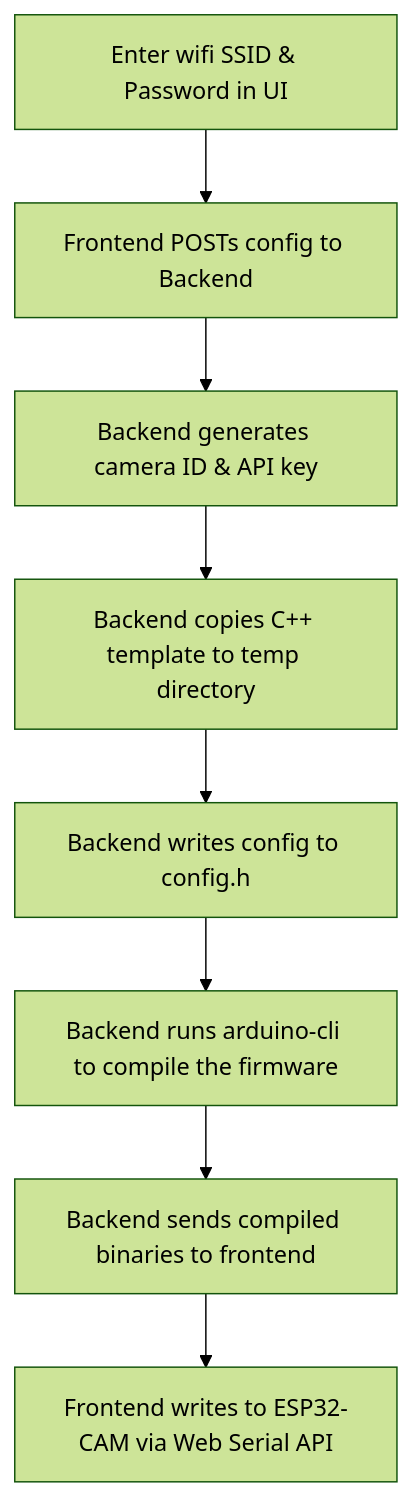
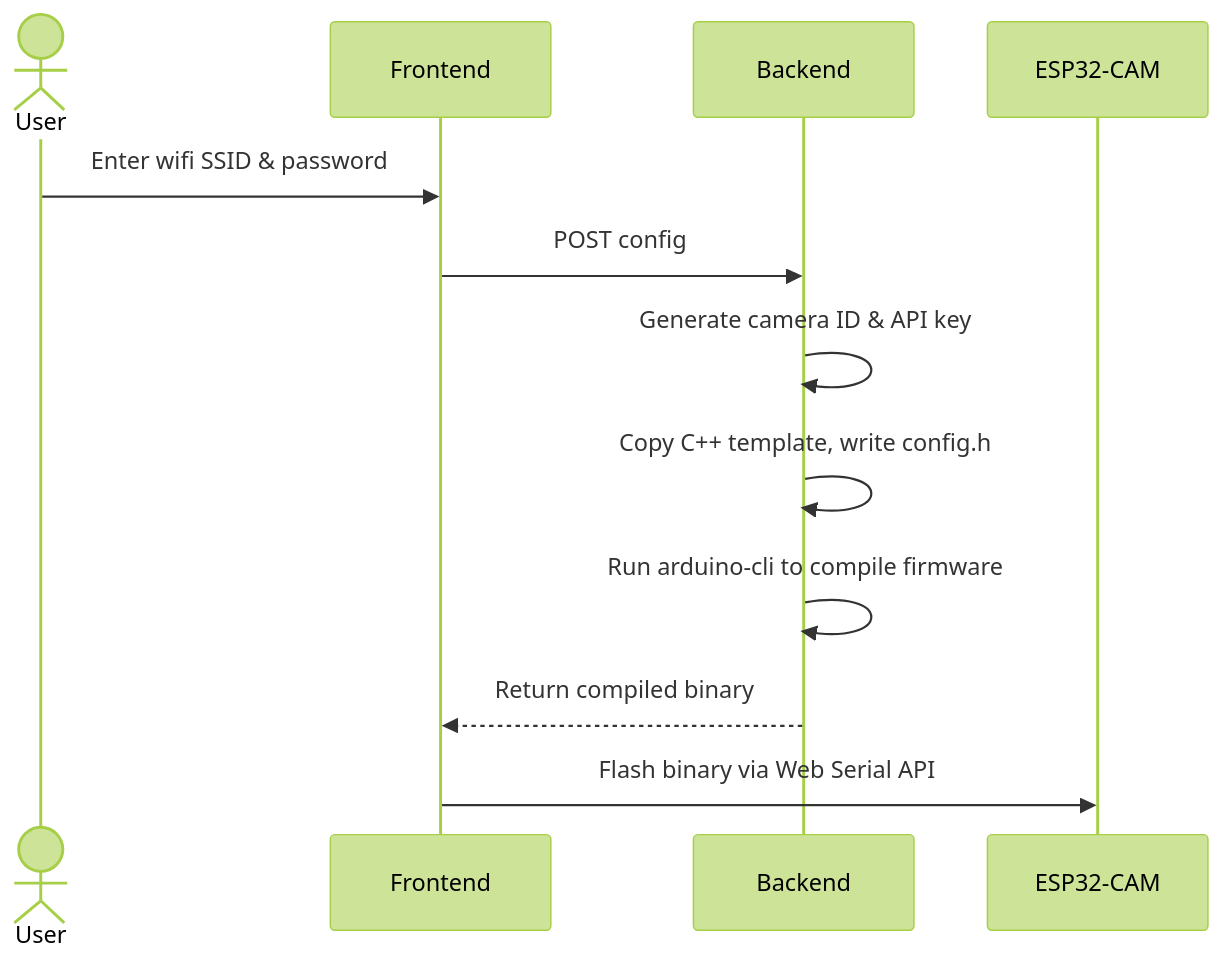
Before and after one commit to jauzin23/CAMron: the first of 2 diagrams in README.md, drawn with Mermaid (forest theme). The commit also changed other lines of this file and 2 other files, not shown here.

Commit message:
docs: update system architecture, security, and setup documentation

````diff
--- a/README.md
+++ b/README.md
@@ -68,10 +106,15 @@
 ```mermaid
-flowchart TD
-    A[Enter wifi SSID & Password in UI] --> B[Frontend POSTs config to Backend]
-    B --> C[Backend generates camera ID & API key]
-    C --> D[Backend copies C++ template to temp directory]
-    D --> E[Backend writes config to config.h]
-    E --> F[Backend runs arduino-cli to compile the firmware]
-    F --> G[Backend sends compiled binaries to frontend]
-    G --> H[Frontend writes to ESP32-CAM via Web Serial API]
+sequenceDiagram
+    actor User
+    participant Frontend
+    participant Backend
+    participant ESP32-CAM
+
+    User->>Frontend: Enter wifi SSID & password
+    Frontend->>Backend: POST config
+    Backend->>Backend: Generate camera ID & API key
+    Backend->>Backend: Copy C++ template, write config.h
+    Backend->>Backend: Run arduino-cli to compile firmware
+    Backend-->>Frontend: Return compiled binary
+    Frontend->>ESP32-CAM: Flash binary via Web Serial API
 ```
````
